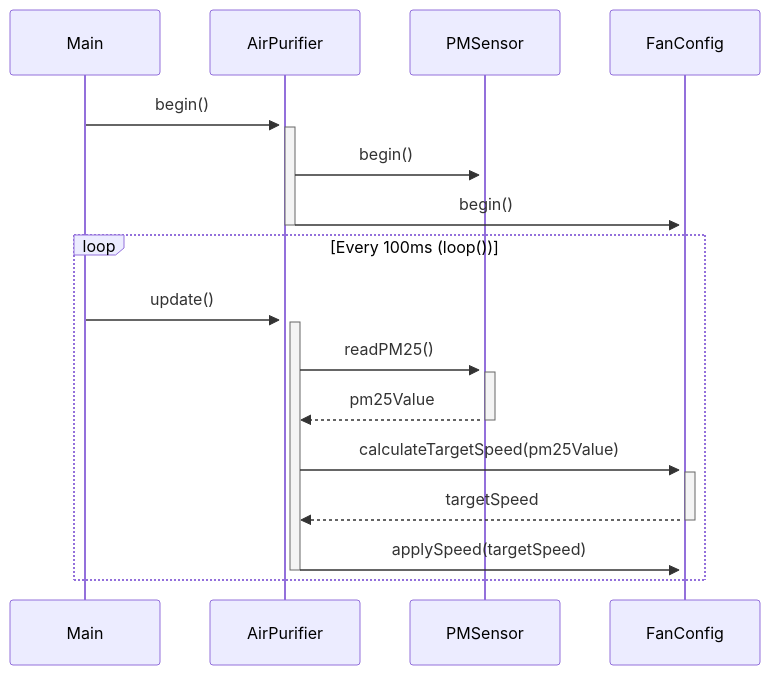
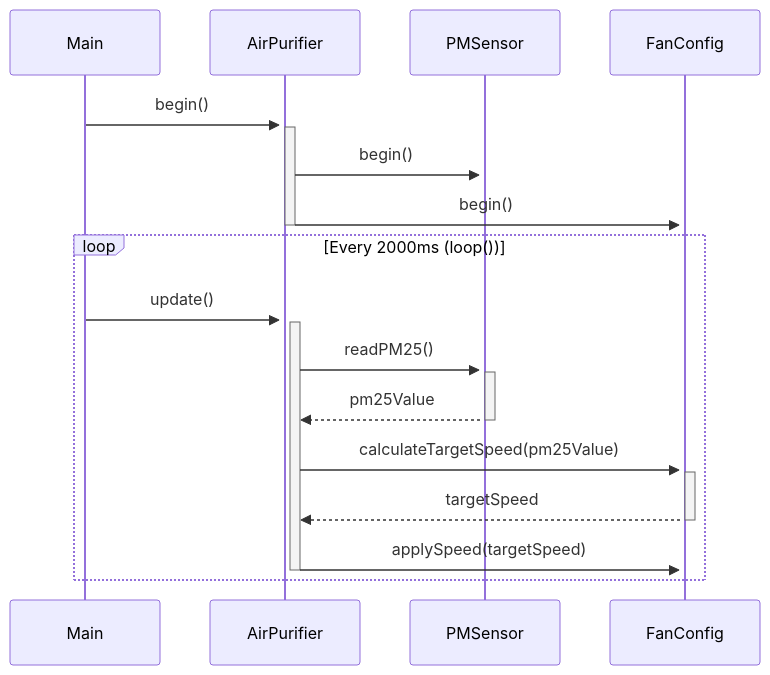
The seventh of 7 diagrams in README.md (phukrit7171/esp32_air_purifier), drawn with Mermaid before and after one commit.

Commit message:
fix: sequence diagram

````diff
--- a/README.md
+++ b/README.md
@@ -257,24 +257,24 @@
 ```mermaid
 sequenceDiagram
     participant Main
     participant AirPurifier
     participant PMSensor
     participant FanConfig
     
     Main->>+AirPurifier: begin()
     activate AirPurifier
     AirPurifier->>+PMSensor: begin()
     AirPurifier->>+FanConfig: begin()
     deactivate AirPurifier
     
-    loop Every 100ms (loop())
+    loop Every 2000ms (loop())
         Main->>+AirPurifier: update()
         activate AirPurifier
         AirPurifier->>+PMSensor: readPM25()
         PMSensor-->>-AirPurifier: pm25Value
         AirPurifier->>+FanConfig: calculateTargetSpeed(pm25Value)
         FanConfig-->>-AirPurifier: targetSpeed
         AirPurifier->>FanConfig: applySpeed(targetSpeed)
         deactivate AirPurifier
     end
 ```
````
